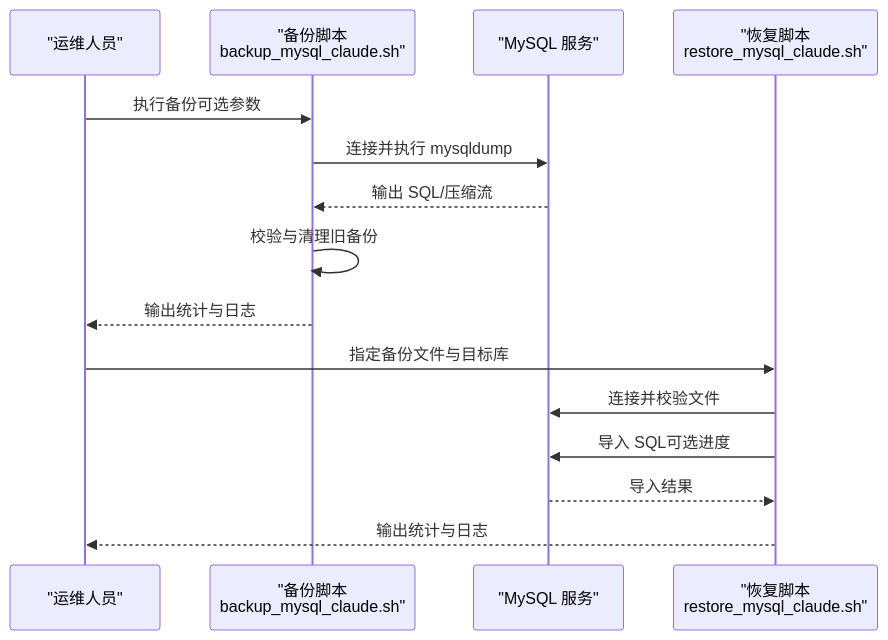
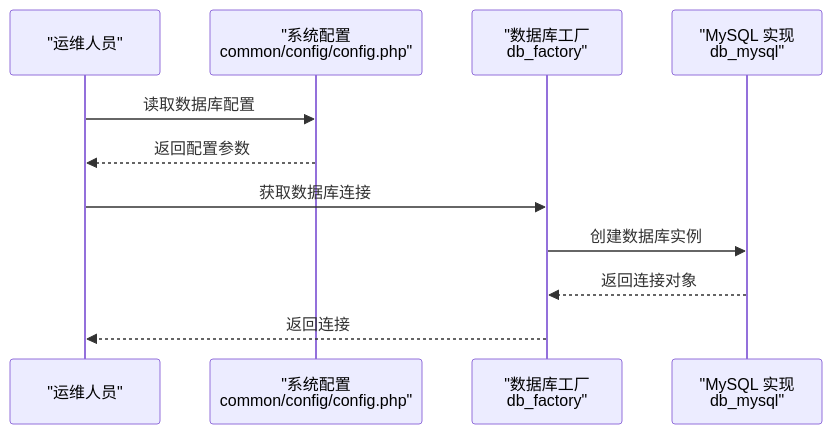
The second of 4 diagrams in .qoder/repowiki/zh/content/部署运维/备份恢复/备份恢复.md (lirongyaoper/lryblog.com), drawn with Mermaid before and after one commit. The commit also changed other lines of this file and 3 other files, not shown here.

````diff
--- a/.qoder/repowiki/zh/content/部署运维/备份恢复/备份恢复.md
+++ b/.qoder/repowiki/zh/content/部署运维/备份恢复/备份恢复.md
@@ -84,17 +76,13 @@
 ```mermaid
 sequenceDiagram
 participant U as "运维人员"
-participant B as "备份脚本<br/>backup_mysql_claude.sh"
-participant M as "MySQL 服务"
-participant R as "恢复脚本<br/>restore_mysql_claude.sh"
-U->>B : 执行备份可选参数
-B->>M : 连接并执行 mysqldump
-M-->>B : 输出 SQL/压缩流
-B->>B : 校验与清理旧备份
-B-->>U : 输出统计与日志
-U->>R : 指定备份文件与目标库
-R->>M : 连接并校验文件
-R->>M : 导入 SQL可选进度
-M-->>R : 导入结果
-R-->>U : 输出统计与日志
+participant CFG as "系统配置<br/>common/config/config.php"
+participant FAC as "数据库工厂<br/>db_factory"
+participant IMPL as "MySQL 实现<br/>db_mysql"
+U->>CFG : 读取数据库配置
+CFG-->>U : 返回配置参数
+U->>FAC : 获取数据库连接
+FAC->>IMPL : 创建数据库实例
+IMPL-->>FAC : 返回连接对象
+FAC-->>U : 返回连接
 ```
````
